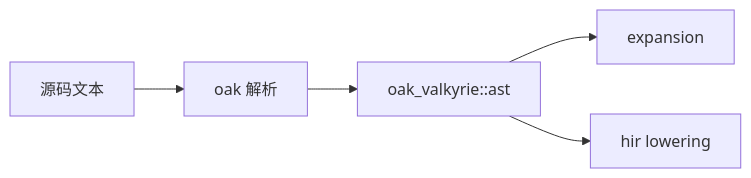
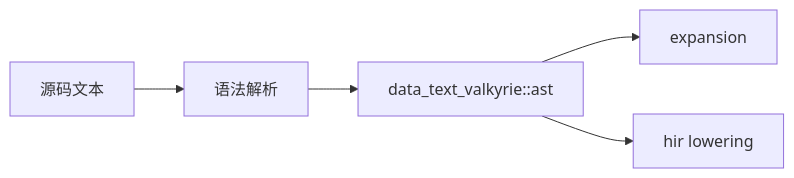
One commit to oovm/boost.rs changed the diagram in projects/compiler/compiler.valkyrie/src/compiler/syntax/readme.md. Above: the diagram before and after it, drawn with Mermaid. The commit also changed other lines of this file and 1392 other files, not shown here.

````diff
--- a/projects/compiler/compiler.valkyrie/src/compiler/syntax/readme.md
+++ b/projects/compiler/compiler.valkyrie/src/compiler/syntax/readme.md
@@ -24,7 +24,7 @@
 ```mermaid
 flowchart LR
-  text[源码文本] --> oak[oak 解析]
-  oak --> ast[oak_valkyrie::ast]
+  text[源码文本] --> oak[语法解析]
+  oak --> ast[data_text_valkyrie::ast]
   ast --> expansion[expansion]
   ast --> hir_lower[hir lowering]
 ```
````
